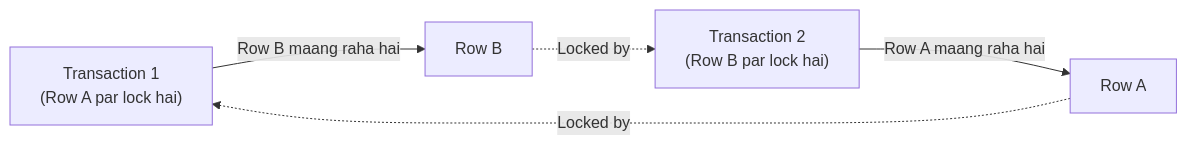
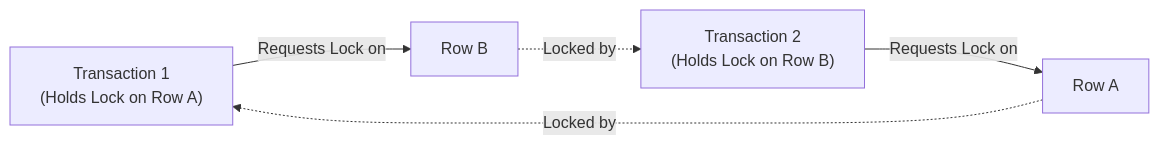
The second of 2 diagrams in hi/19_transactions.md (advancedtallyprime/master-sql-guide), drawn with Mermaid before and after one commit. The commit also changed other lines of this file and 36 other files, not shown here.

````diff
--- a/hi/19_transactions.md
+++ b/hi/19_transactions.md
@@ -221,7 +229,7 @@
 ```mermaid
 flowchart LR
-    T1["Transaction 1<br/>(Row A par lock hai)"] -->|"Row B maang raha hai"| RB["Row B"]
-    T2["Transaction 2<br/>(Row B par lock hai)"] -->|"Row A maang raha hai"| RA["Row A"]
+    T1["Transaction 1<br/>(Holds Lock on Row A)"] -->|"Requests Lock on"| RB["Row B"]
+    T2["Transaction 2<br/>(Holds Lock on Row B)"] -->|"Requests Lock on"| RA["Row A"]
     RA -.->|"Locked by"| T1
     RB -.->|"Locked by"| T2
 ```
````
